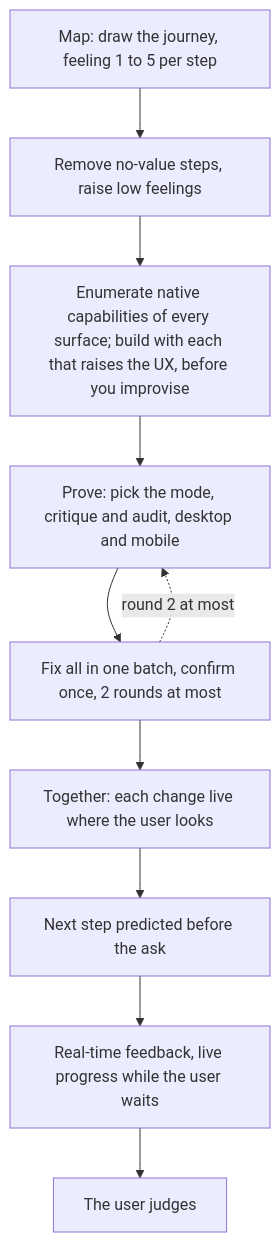
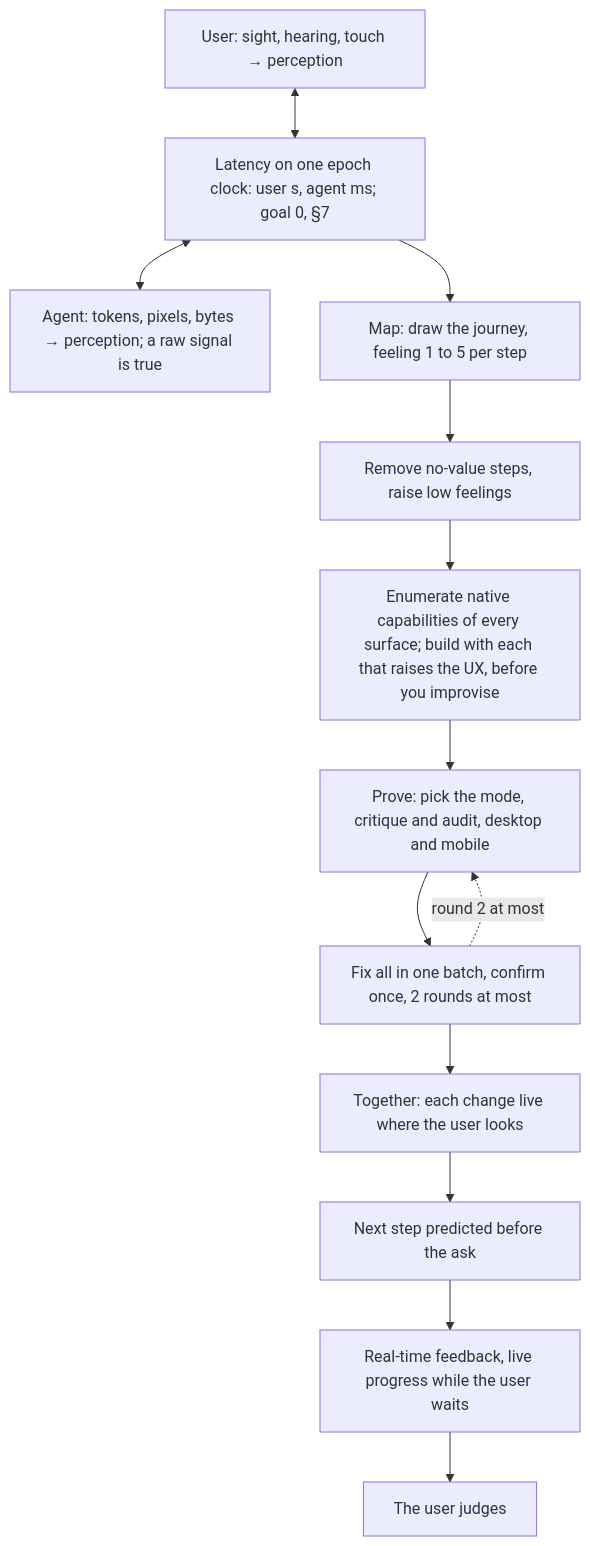
Before and after one commit to SolenixAI/arbiter: the third of 14 diagrams in AGENTS.md, drawn with Mermaid. The commit also changed other lines of this file and 1 other file, not shown here.

Commit message:
docs(agents): section 2 is Optimal AUX: two sides, each senses to perception, latency between

````diff
--- a/AGENTS.md
+++ b/AGENTS.md
@@ -129,12 +130,14 @@
 ```mermaid
 flowchart TD
+  US["User: sight, hearing, touch → perception"] <--> LT["Latency on one epoch clock: user s, agent ms; goal 0, §7"] <--> AG["Agent: tokens, pixels, bytes → perception; a raw signal is true"]
+  LT --> M
   M["Map: draw the journey, feeling 1 to 5 per step"] --> R["Remove no-value steps, raise low feelings"]
   R --> B["Enumerate native capabilities of every surface; build with each that raises the UX, before you improvise"]
   B --> P["Prove: pick the mode, critique and audit, desktop and mobile"]
   P --> F["Fix all in one batch, confirm once, 2 rounds at most"]
   F -.->|round 2 at most| P
   F --> T["Together: each change live where the user looks"]
   T --> N["Next step predicted before the ask"]
   N --> RT["Real-time feedback, live progress while the user waits"]
   RT --> J["The user judges"]
 ```
````
